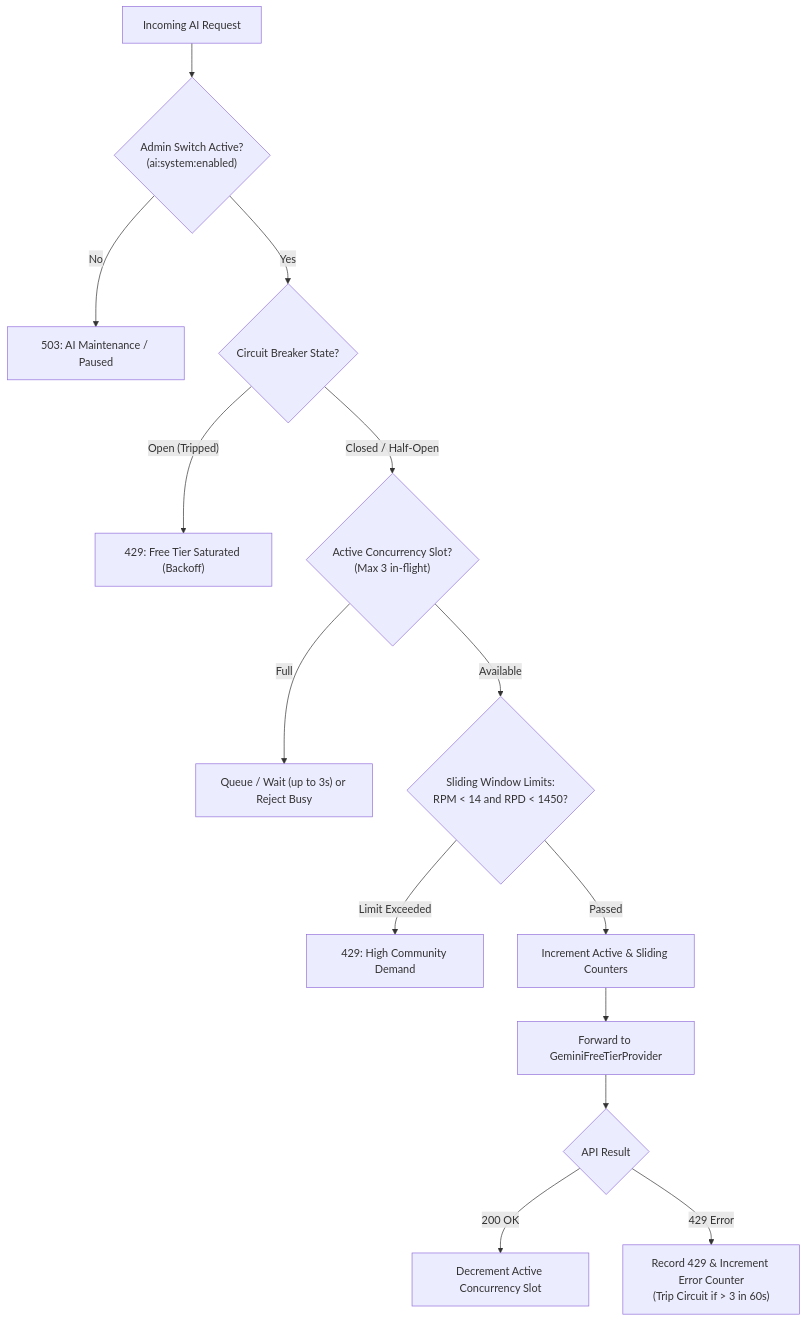
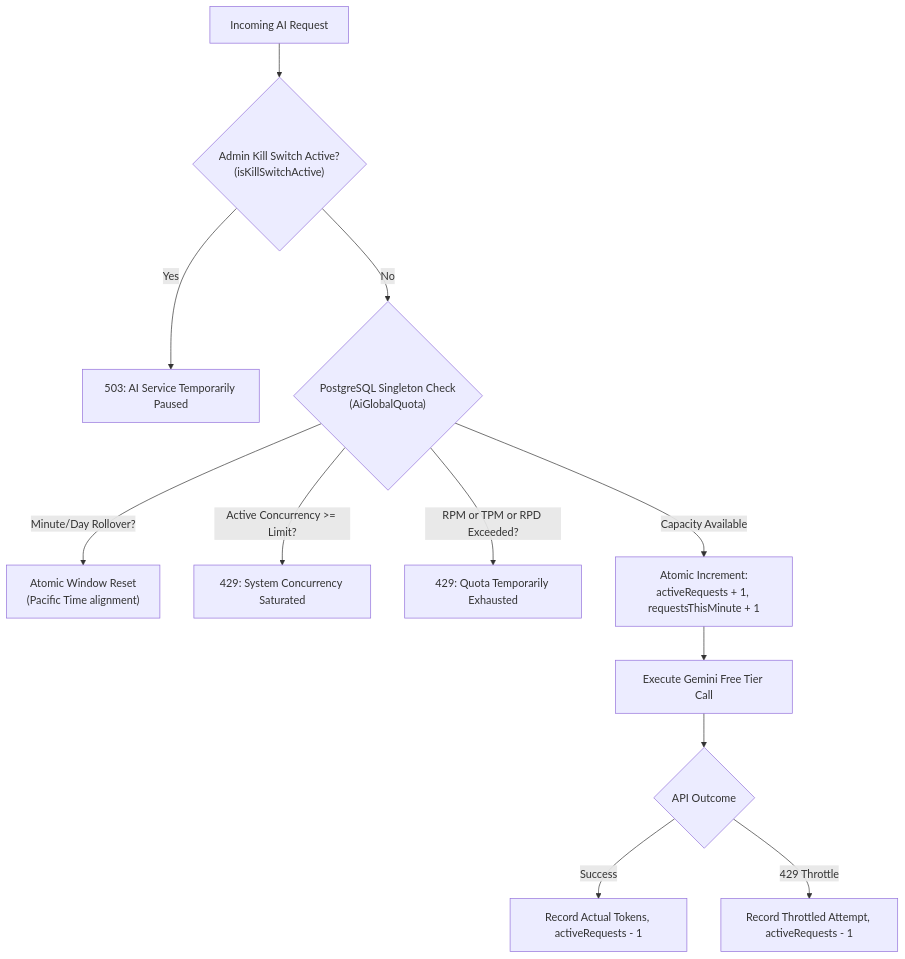
Before and after one commit to asif2906/Saucer: the diagram in AI_QUOTA_MANAGEMENT.md, drawn with Mermaid. The commit also changed other lines of this file and 30 other files, not shown here.

Commit message:
feat(ai): implement Gemini free-tier engine, credit ledger, and quota controller

````diff
--- a/AI_QUOTA_MANAGEMENT.md
+++ b/AI_QUOTA_MANAGEMENT.md
@@ -23,16 +24,14 @@
 ```mermaid
 flowchart TD
-    UserReq["Incoming AI Request"] --> AdminCheck{"Admin Switch Active?<br/>(ai:system:enabled)"}
-    AdminCheck -- No --> Out503["503: AI Maintenance / Paused"]
-    AdminCheck -- Yes --> CircuitCheck{"Circuit Breaker State?"}
-    CircuitCheck -- Open (Tripped) --> Out429["429: Free Tier Saturated (Backoff)"]
-    CircuitCheck -- Closed / Half-Open --> ConcurrencyCheck{"Active Concurrency Slot?<br/>(Max 3 in-flight)"}
-    ConcurrencyCheck -- Full --> OutQueue["Queue / Wait (up to 3s) or Reject Busy"]
-    ConcurrencyCheck -- Available --> WindowCheck{"Sliding Window Limits:<br/>RPM < 14 and RPD < 1450?"}
-    WindowCheck -- Limit Exceeded --> OutSpike["429: High Community Demand"]
-    WindowCheck -- Passed --> ReserveSlot["Increment Active & Sliding Counters"]
-    ReserveSlot --> ForwardAPI["Forward to GeminiFreeTierProvider"]
-    ForwardAPI --> APIResult{"API Result"}
-    APIResult -- 200 OK --> ReleaseSlot["Decrement Active Concurrency Slot"]
-    APIResult -- 429 Error --> TripCircuit["Record 429 & Increment Error Counter<br/>(Trip Circuit if > 3 in 60s)"]
+    UserReq["Incoming AI Request"] --> AdminCheck{"Admin Kill Switch Active?<br/>(isKillSwitchActive)"}
+    AdminCheck -- Yes --> Out503["503: AI Service Temporarily Paused"]
+    AdminCheck -- No --> WindowCheck{"PostgreSQL Singleton Check<br/>(AiGlobalQuota)"}
+    WindowCheck -- Minute/Day Rollover? --> ResetWindow["Atomic Window Reset<br/>(Pacific Time alignment)"]
+    WindowCheck -- Active Concurrency >= Limit? --> OutBusy["429: System Concurrency Saturated"]
+    WindowCheck -- RPM or TPM or RPD Exceeded? --> OutQuota["429: Quota Temporarily Exhausted"]
+    WindowCheck -- Capacity Available --> ReserveSlot["Atomic Increment:<br/>activeRequests + 1, requestsThisMinute + 1"]
+    ReserveSlot --> ForwardAPI["Execute Gemini Free Tier Call"]
+    ForwardAPI --> APIResult{"API Outcome"}
+    APIResult -- Success --> RecordTokens["Record Actual Tokens, activeRequests - 1"]
+    APIResult -- 429 Throttle --> TripThrottle["Record Throttled Attempt, activeRequests - 1"]
 ```
````
